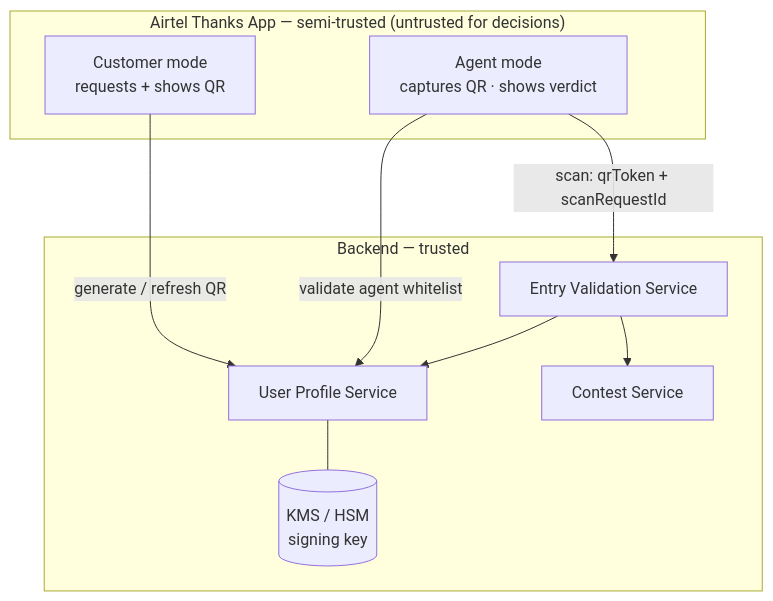
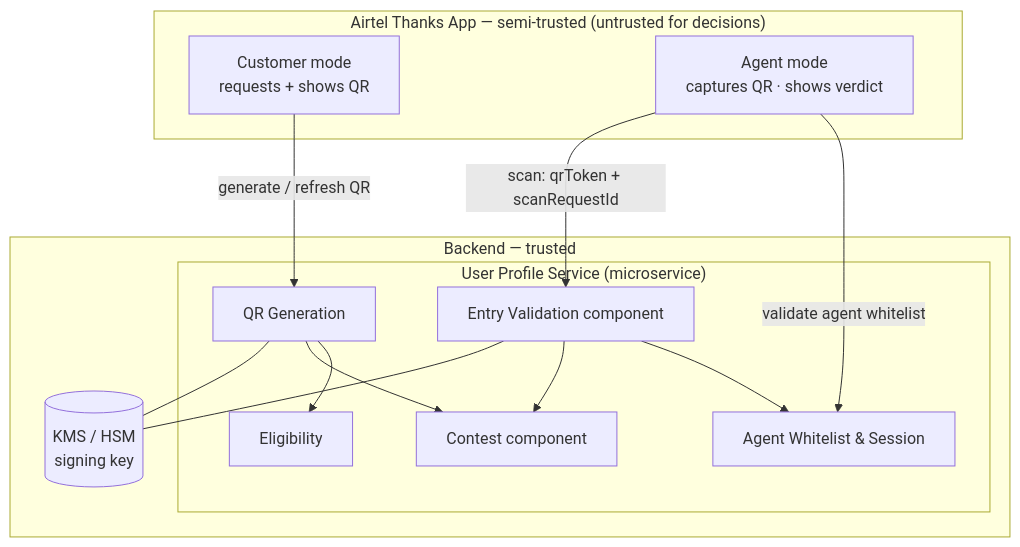
The fifth of 15 diagrams in docs/digital-membership/03-hld.md (Amitpawar503/lazzy), drawn with Mermaid before and after one commit. The commit also changed other lines of this file and 1 other file, not shown here.

First line of the commit message:
docs: model backend as one User Profile Service microservice with internal components

````diff
--- a/docs/digital-membership/03-hld.md
+++ b/docs/digital-membership/03-hld.md
@@ -194,21 +212,28 @@
 ```mermaid
 flowchart TB
   subgraph Client["Airtel Thanks App — semi-trusted (untrusted for decisions)"]
     CUST["Customer mode\nrequests + shows QR"]
     AGT["Agent mode\ncaptures QR · shows verdict"]
   end
 
   subgraph Trusted["Backend — trusted"]
-    UPS[User Profile Service]
-    EVS[Entry Validation Service]
-    CTS[Contest Service]
+    subgraph UPS["User Profile Service (microservice)"]
+      QRG[QR Generation]
+      ELIG[Eligibility]
+      WLC[Agent Whitelist & Session]
+      CTS[Contest component]
+      EVS[Entry Validation component]
+    end
     KMS[("KMS / HSM\nsigning key")]
   end
 
-  CUST -->|generate / refresh QR| UPS
-  AGT -->|validate agent whitelist| UPS
+  CUST -->|generate / refresh QR| QRG
+  AGT -->|validate agent whitelist| WLC
   AGT -->|scan: qrToken + scanRequestId| EVS
-  EVS --> UPS
+  QRG --> ELIG
+  QRG --> CTS
+  EVS --> WLC
   EVS --> CTS
-  UPS --- KMS
+  QRG --- KMS
+  EVS --- KMS
 ```
````
